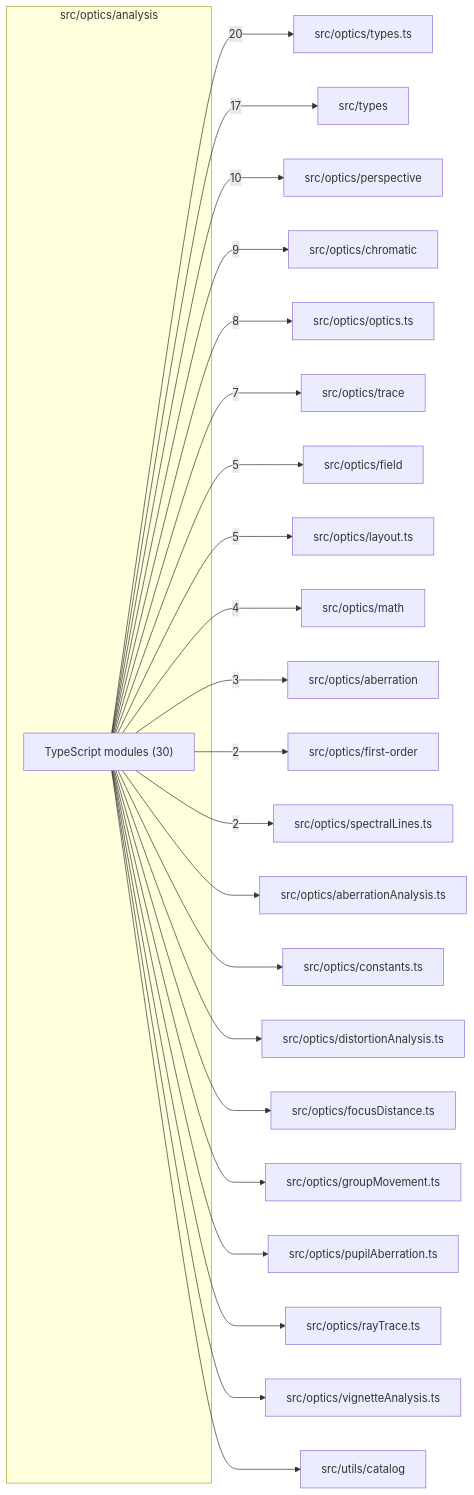
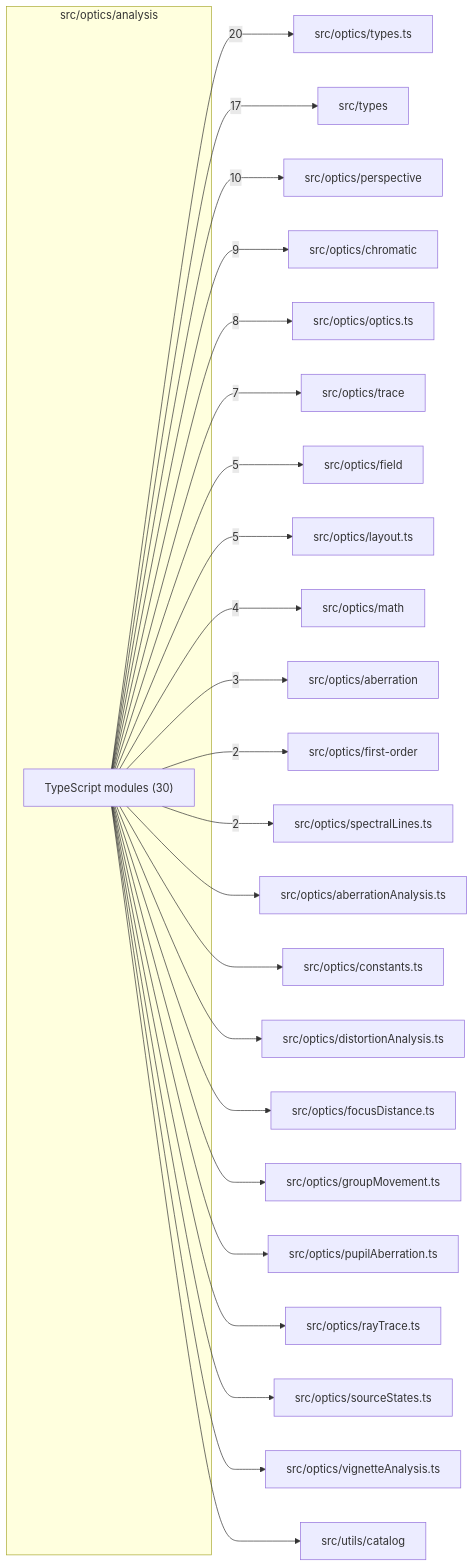
The diagram in src/optics/analysis/readme.md (ronbuening/LensVisualizer), drawn with Mermaid before and after one commit. The commit also changed other lines of this file and 10 other files, not shown here.

````diff
--- a/src/optics/analysis/readme.md
+++ b/src/optics/analysis/readme.md
@@ -9,48 +9,50 @@
 ```mermaid
 flowchart LR
   subgraph n_src_optics_analysis["src/optics/analysis"]
     n_src_optics_analysis_TypeScript_modules["TypeScript modules (30)"]
   end
   n_external_src_optics_types_ts["src/optics/types.ts"]
   n_external_src_types["src/types"]
   n_external_src_optics_perspective["src/optics/perspective"]
   n_external_src_optics_chromatic["src/optics/chromatic"]
   n_external_src_optics_optics_ts["src/optics/optics.ts"]
   n_external_src_optics_trace["src/optics/trace"]
   n_external_src_optics_field["src/optics/field"]
   n_external_src_optics_layout_ts["src/optics/layout.ts"]
   n_external_src_optics_math["src/optics/math"]
   n_external_src_optics_aberration["src/optics/aberration"]
   n_external_src_optics_first_order["src/optics/first-order"]
   n_external_src_optics_spectralLines_ts["src/optics/spectralLines.ts"]
   n_external_src_optics_aberrationAnalysis_ts["src/optics/aberrationAnalysis.ts"]
   n_external_src_optics_constants_ts["src/optics/constants.ts"]
   n_external_src_optics_distortionAnalysis_ts["src/optics/distortionAnalysis.ts"]
   n_external_src_optics_focusDistance_ts["src/optics/focusDistance.ts"]
   n_external_src_optics_groupMovement_ts["src/optics/groupMovement.ts"]
   n_external_src_optics_pupilAberration_ts["src/optics/pupilAberration.ts"]
   n_external_src_optics_rayTrace_ts["src/optics/rayTrace.ts"]
+  n_external_src_optics_sourceStates_ts["src/optics/sourceStates.ts"]
   n_external_src_optics_vignetteAnalysis_ts["src/optics/vignetteAnalysis.ts"]
   n_external_src_utils_catalog["src/utils/catalog"]
   n_src_optics_analysis_TypeScript_modules --> |20| n_external_src_optics_types_ts
   n_src_optics_analysis_TypeScript_modules --> |17| n_external_src_types
   n_src_optics_analysis_TypeScript_modules --> |10| n_external_src_optics_perspective
   n_src_optics_analysis_TypeScript_modules --> |9| n_external_src_optics_chromatic
   n_src_optics_analysis_TypeScript_modules --> |8| n_external_src_optics_optics_ts
   n_src_optics_analysis_TypeScript_modules --> |7| n_external_src_optics_trace
   n_src_optics_analysis_TypeScript_modules --> |5| n_external_src_optics_field
   n_src_optics_analysis_TypeScript_modules --> |5| n_external_src_optics_layout_ts
   n_src_optics_analysis_TypeScript_modules --> |4| n_external_src_optics_math
   n_src_optics_analysis_TypeScript_modules --> |3| n_external_src_optics_aberration
   n_src_optics_analysis_TypeScript_modules --> |2| n_external_src_optics_first_order
   n_src_optics_analysis_TypeScript_modules --> |2| n_external_src_optics_spectralLines_ts
   n_src_optics_analysis_TypeScript_modules --> n_external_src_optics_aberrationAnalysis_ts
   n_src_optics_analysis_TypeScript_modules --> n_external_src_optics_constants_ts
   n_src_optics_analysis_TypeScript_modules --> n_external_src_optics_distortionAnalysis_ts
   n_src_optics_analysis_TypeScript_modules --> n_external_src_optics_focusDistance_ts
   n_src_optics_analysis_TypeScript_modules --> n_external_src_optics_groupMovement_ts
   n_src_optics_analysis_TypeScript_modules --> n_external_src_optics_pupilAberration_ts
   n_src_optics_analysis_TypeScript_modules --> n_external_src_optics_rayTrace_ts
+  n_src_optics_analysis_TypeScript_modules --> n_external_src_optics_sourceStates_ts
   n_src_optics_analysis_TypeScript_modules --> n_external_src_optics_vignetteAnalysis_ts
   n_src_optics_analysis_TypeScript_modules --> n_external_src_utils_catalog
 ```
````
